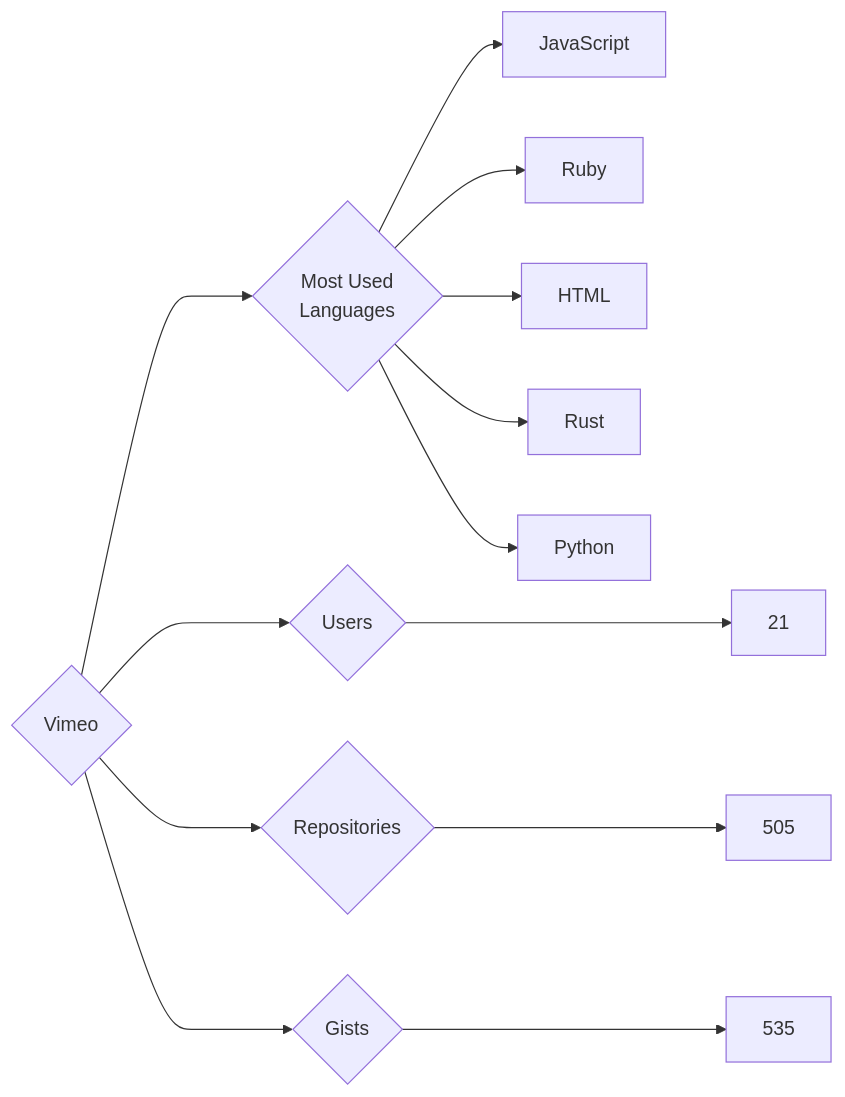
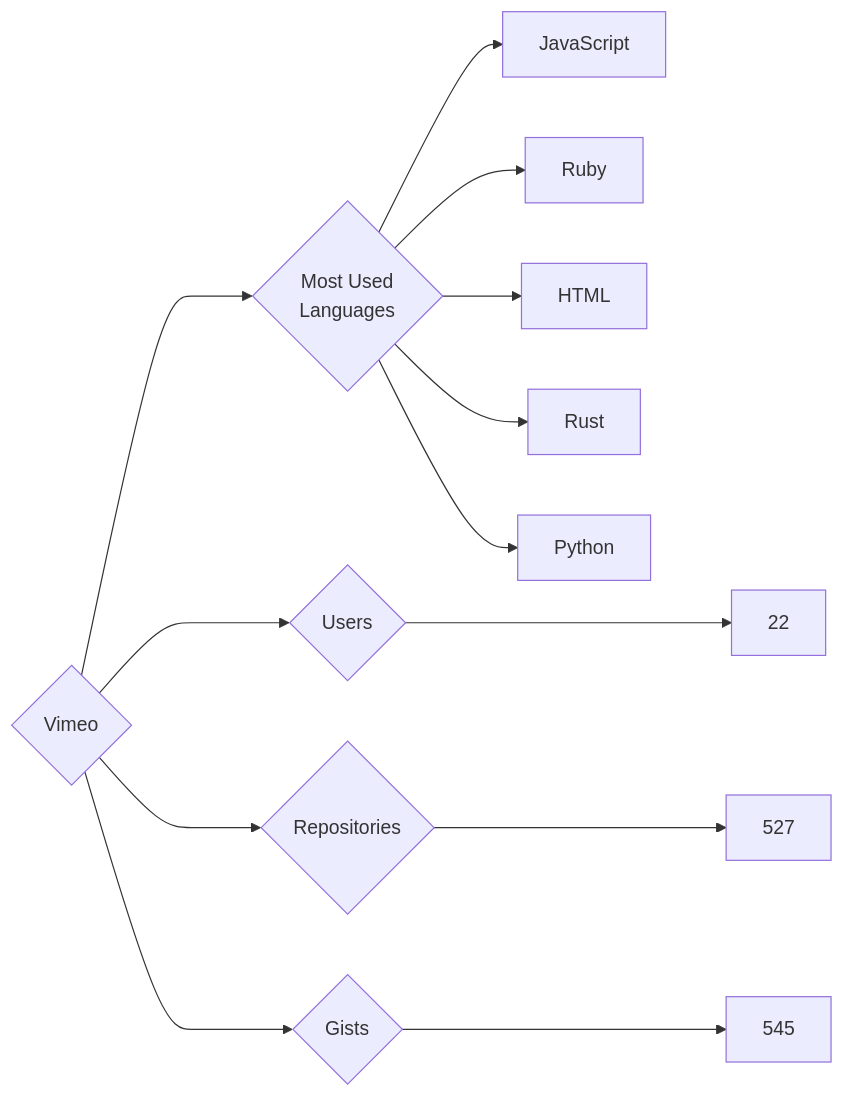
The diagram in targets/Vimeo/README.md (trickest/insiders), drawn with Mermaid before and after one commit. The commit also changed 1508 other files, not shown here.

````diff
--- a/targets/Vimeo/README.md
+++ b/targets/Vimeo/README.md
@@ -3,13 +3,13 @@
 ```mermaid
 graph LR
 COMPANY_NAME{Vimeo}
-COMPANY_NAME ---> U{Users} ---> UN[21]
-COMPANY_NAME ---> R{Repositories} ---> RN[505]
-COMPANY_NAME ---> G{Gists} ---> GN[535]
+COMPANY_NAME ---> U{Users} ---> UN[22]
+COMPANY_NAME ---> R{Repositories} ---> RN[527]
+COMPANY_NAME ---> G{Gists} ---> GN[545]
 COMPANY_NAME ---> ML{Most Used<br>Languages}
 ML --> JavaScript[JavaScript]
 ML --> Ruby[Ruby]
 ML --> HTML[HTML]
 ML --> Rust[Rust]
 ML --> Python[Python]
 ```
````
